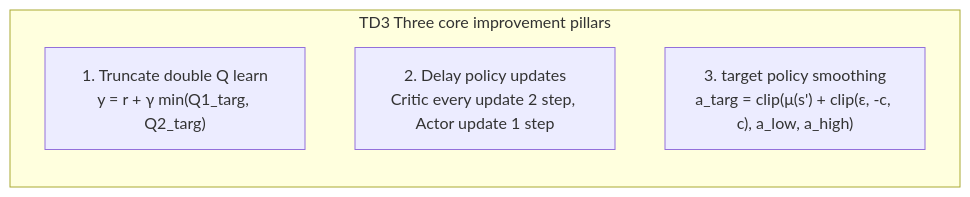
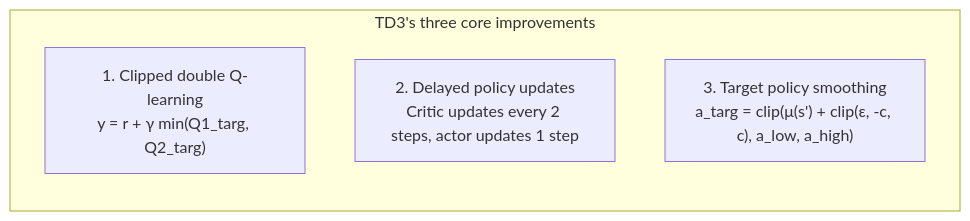
One commit to TingdeLiu/tingdeliu.github.io changed diagram 17 of 24 in _translations/en/research/Reinforcement-Learning-Survey.md. Above: the diagram before and after it, drawn with Mermaid. The commit also changed other lines of this file and 51 other files, not shown here.

````diff
--- a/_translations/en/research/Reinforcement-Learning-Survey.md
+++ b/_translations/en/research/Reinforcement-Learning-Survey.md
@@ -1401,8 +1401,8 @@
 ```mermaid
 graph LR
-    subgraph "TD3 Three core improvement pillars"
-        A["1. Truncate double Q learn<br/>y = r + γ min(Q1_targ, Q2_targ)"]
-        B["2. Delay policy updates<br/>Critic every update 2 step, Actor update 1 step"]
-        C["3. target policy smoothing<br/>a_targ = clip(μ(s') + clip(ε, -c, c), a_low, a_high)"]
+    subgraph "TD3's three core improvements"
+        A["1. Clipped double Q-learning<br/>y = r + γ min(Q1_targ, Q2_targ)"]
+        B["2. Delayed policy updates<br/>Critic updates every 2 steps, actor updates 1 step"]
+        C["3. Target policy smoothing<br/>a_targ = clip(μ(s') + clip(ε, -c, c), a_low, a_high)"]
     end
 ```
````
